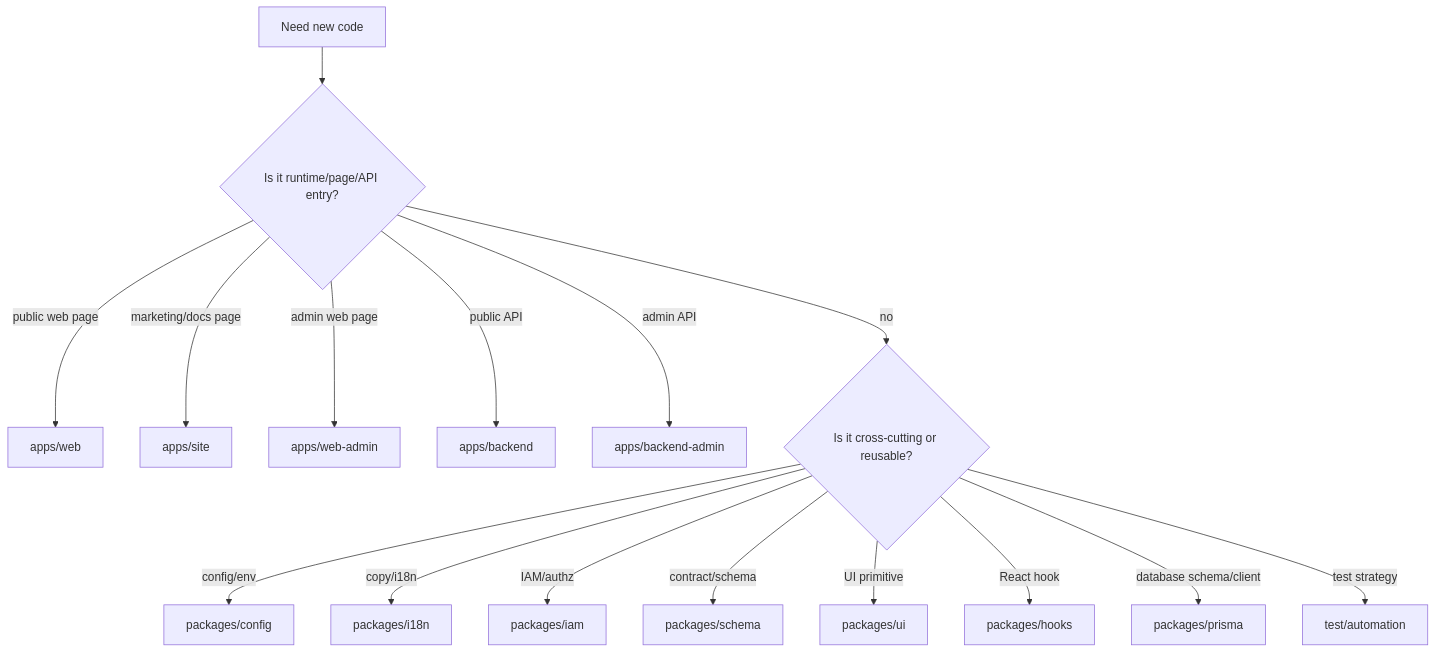
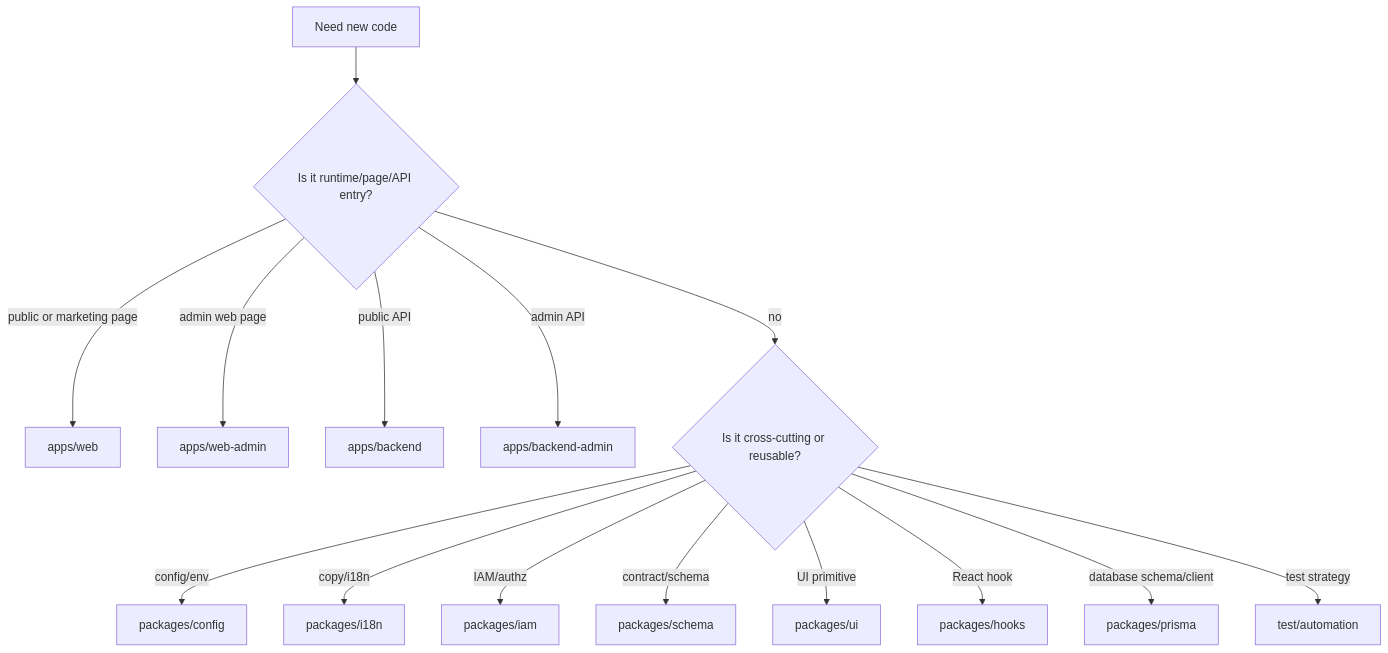
One commit to tetap/tetap-agent-template changed the second of 2 diagrams in docs/Logical Architecture Diagram/01-workspace-boundaries.md. Above: the diagram before and after it, drawn with Mermaid. The commit also changed other lines of this file and 49 other files, not shown here.

````diff
--- a/docs/Logical Architecture Diagram/01-workspace-boundaries.md
+++ b/docs/Logical Architecture Diagram/01-workspace-boundaries.md
@@ -59,18 +56,17 @@
 ```mermaid
 flowchart TD
   A[Need new code] --> B{Is it runtime/page/API entry?}
-  B -- public web page --> Web[apps/web]
-  B -- marketing/docs page --> Site[apps/site]
+  B -- public or marketing page --> Web[apps/web]
   B -- admin web page --> WebAdmin[apps/web-admin]
   B -- public API --> C[apps/backend]
   B -- admin API --> Admin[apps/backend-admin]
   B -- no --> D{Is it cross-cutting or reusable?}
   D -- config/env --> Config[packages/config]
   D -- copy/i18n --> I18n[packages/i18n]
   D -- IAM/authz --> IAM[packages/iam]
   D -- contract/schema --> Schema[packages/schema]
   D -- UI primitive --> UI[packages/ui]
   D -- React hook --> Hooks[packages/hooks]
   D -- database schema/client --> Prisma[packages/prisma]
   D -- test strategy --> Test[test/automation]
 ```
````
